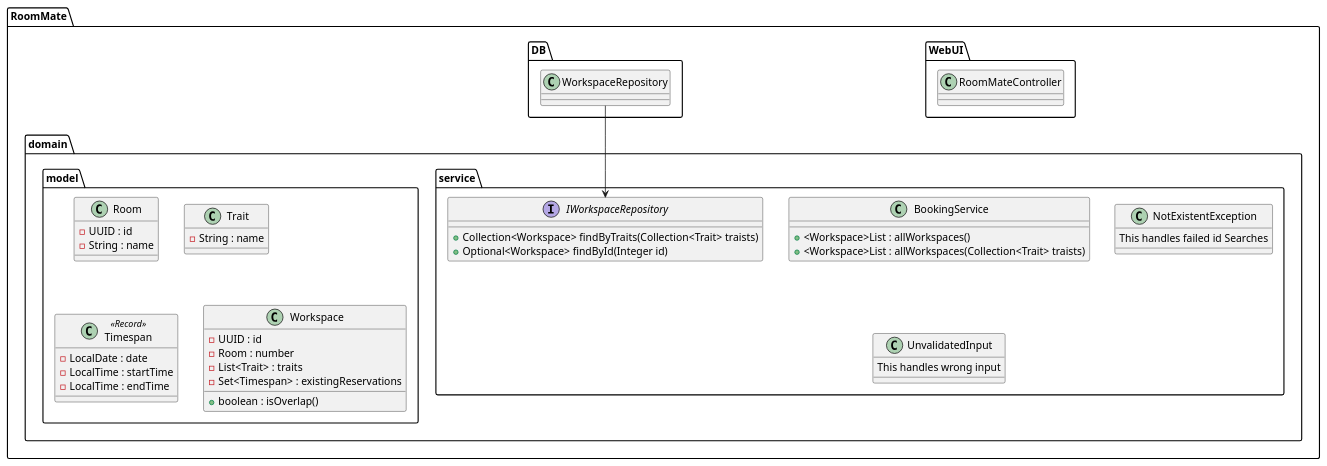
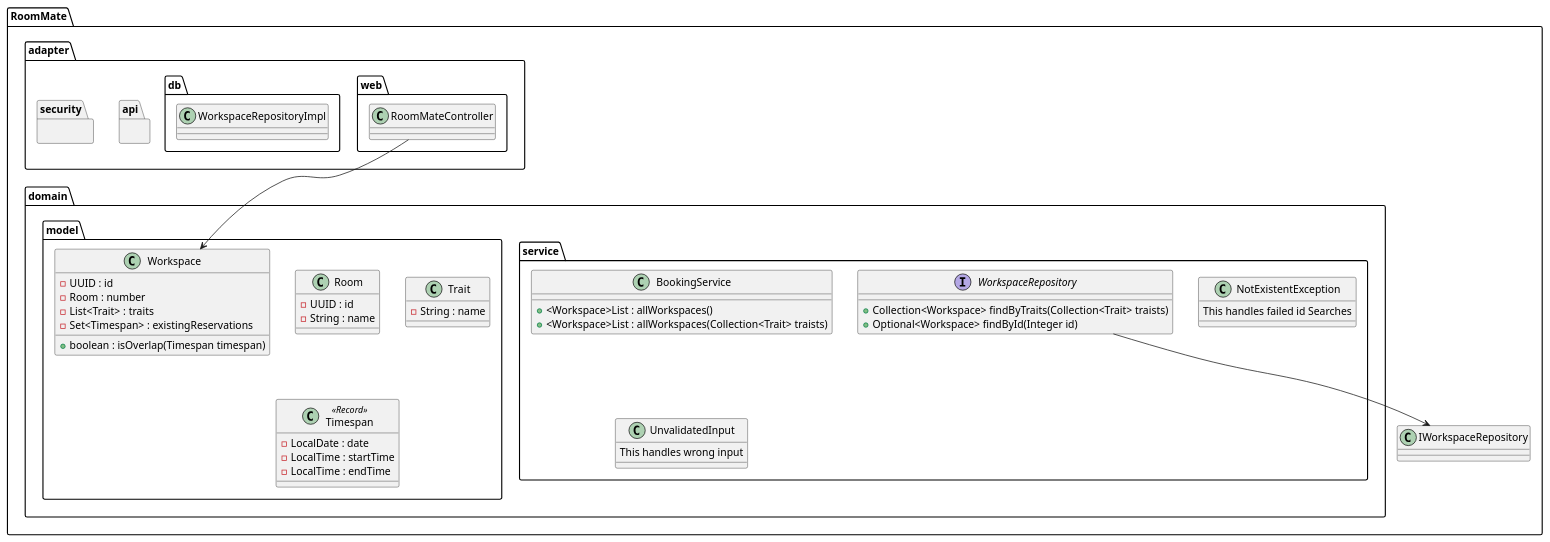
The diagram in aufbau.puml (Asveste/RoomMate), drawn with PlantUML before and after one commit.

Commit message:
Update Plant-UML aufbau.puml

```diff
--- a/aufbau.puml
+++ b/aufbau.puml
@@ -1,72 +1,73 @@
 @startuml
 'https://plantuml.com/class-diagram
 
 package RoomMate{
 
-package WebUI{
-    class RoomMateController
+
+package adapter{
+
+    package web{
+        class RoomMateController
+    }
+    package db{
+            class WorkspaceRepositoryImpl{}
+    }
+    package api{}
+    package security{}
 }
 
 package domain{
 
-package service{
+    package service{
 
-    interface IWorkspaceRepository{
-        + Collection<Workspace> findByTraits(Collection<Trait> traists)
-        + Optional<Workspace> findById(Integer id)
+        interface WorkspaceRepository{
+            + Collection<Workspace> findByTraits(Collection<Trait> traists)
+            + Optional<Workspace> findById(Integer id)
+        }
+        class BookingService{
+            + <Workspace>List : allWorkspaces()
+            + <Workspace>List : allWorkspaces(Collection<Trait> traists)
+        }
+        class NotExistentException{
+            This handles failed id Searches
+        }
+        class UnvalidatedInput{
+            This handles wrong input
+        }
+
     }
-    class BookingService{
-        + <Workspace>List : allWorkspaces()
-        + <Workspace>List : allWorkspaces(Collection<Trait> traists)
-    }
-    class NotExistentException{
-        This handles failed id Searches
-    }
-    class UnvalidatedInput{
-        This handles wrong input
-    }
-
-}
 
     package model{
 
         class Room{
             - UUID : id
             -String : name
         }
-
         class Trait{
             -String : name
         }
-
         class Timespan << Record >> {
             - LocalDate : date
             - LocalTime : startTime
             - LocalTime : endTime
         }
-
-
         class Workspace{
             - UUID : id
             - Room : number
             - List<Trait> : traits
             - Set<Timespan> : existingReservations
-            + boolean : isOverlap()
+            + boolean : isOverlap(Timespan timespan)
         }
-
 
     }
 
 }
 
-package DB{
 
-        class WorkspaceRepository{}
+WorkspaceRepository --> IWorkspaceRepository
+RoomMateController --> Workspace
+
 
 }
 
-WorkspaceRepository --> IWorkspaceRepository
-}
-
-
 @enduml
```
